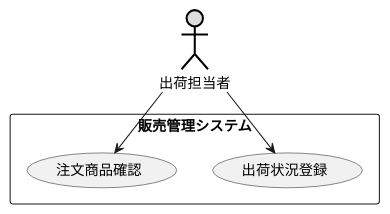
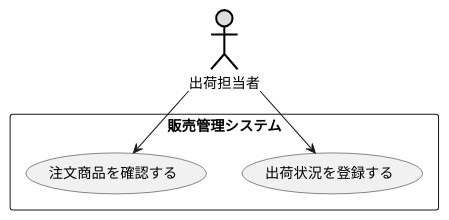
One commit to togamonro-ru/unl-introduction changed the diagram in 演習2-5_盛岡商事_販売管理システム.pu. Above: the diagram before and after it, drawn with PlantUML.

Commit message:
変更

```diff
--- a/演習2-5_盛岡商事_販売管理システム.pu
+++ b/演習2-5_盛岡商事_販売管理システム.pu
@@ -1,10 +1,10 @@
 @startuml 販売管理システム
     ' left to right direction
     actor 出荷担当者 as a #DDDDDD;line:black;line.bold;
     rectangle 販売管理システム {
-    usecase 出荷状況登録 as b
-    usecase 注文商品確認 as c
+    usecase 出荷状況を登録する as b
+    usecase 注文商品を確認する as c
     }
     a --> b
     a --> c
 @enduml
```
